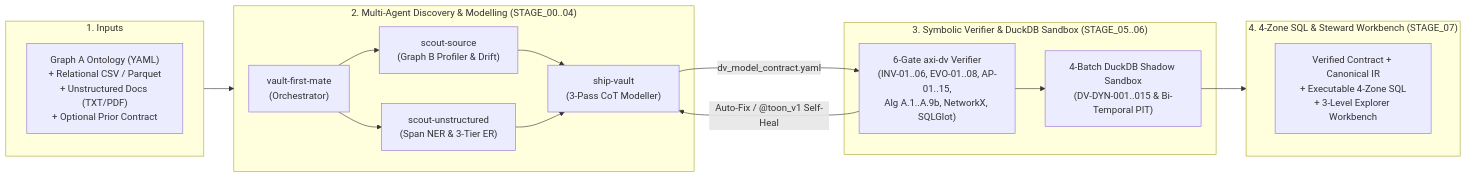
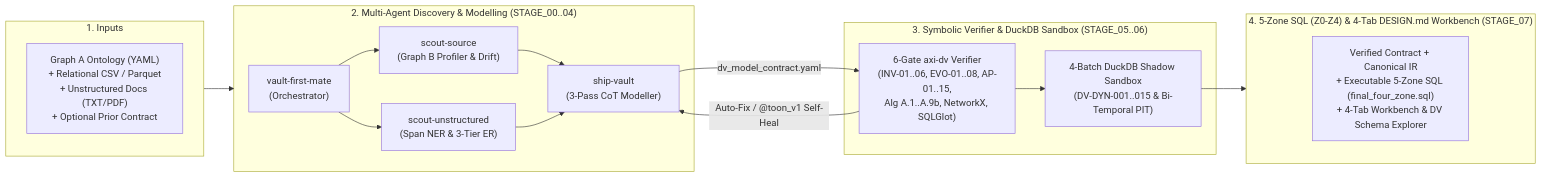
One commit to nogoo9/open-dv changed the first of 2 diagrams in README.md. Above: the diagram before and after it, drawn with Mermaid. The commit also changed other lines of this file and 611 other files, not shown here.

First line of the commit message:
feat: add unified 6-step ontology pipeline wizard and DV schema explorer (#245)

````diff
--- a/README.md
+++ b/README.md
@@ -54,29 +54,29 @@
 ```mermaid
 flowchart LR
     subgraph Inputs ["1. Inputs"]
         A["Graph A Ontology (YAML)\n+ Relational CSV / Parquet\n+ Unstructured Docs (TXT/PDF)\n+ Optional Prior Contract"]
     end
 
     subgraph Agents ["2. Multi-Agent Discovery & Modelling (STAGE_00..04)"]
         FM["vault-first-mate\n(Orchestrator)"]
         SS["scout-source\n(Graph B Profiler & Drift)"]
         SU["scout-unstructured\n(Span NER & 3-Tier ER)"]
         SV["ship-vault\n(3-Pass CoT Modeller)"]
         FM --> SS & SU --> SV
     end
 
     subgraph Symbolic ["3. Symbolic Verifier & DuckDB Sandbox (STAGE_05..06)"]
         AXI["6-Gate axi-dv Verifier\n(INV-01..06, EVO-01..08, AP-01..15,\nAlg A.1..A.9b, NetworkX, SQLGlot)"]
         SBX["4-Batch DuckDB Shadow Sandbox\n(DV-DYN-001..015 & Bi-Temporal PIT)"]
         AXI --> SBX
     end
 
-    subgraph Outputs ["4. 4-Zone SQL & Steward Workbench (STAGE_07)"]
-        OUT["Verified Contract + Canonical IR\n+ Executable 4-Zone SQL\n+ 3-Level Explorer Workbench"]
+    subgraph Outputs ["4. 5-Zone SQL (Z0-Z4) & 4-Tab DESIGN.md Workbench (STAGE_07)"]
+        OUT["Verified Contract + Canonical IR\n+ Executable 5-Zone SQL (final_four_zone.sql)\n+ 4-Tab Workbench & DV Schema Explorer"]
     end
 
     Inputs --> Agents
     SV -- "dv_model_contract.yaml" --> AXI
     AXI -- "Auto-Fix / @toon_v1 Self-Heal" --> SV
     SBX --> Outputs
 ```
````
